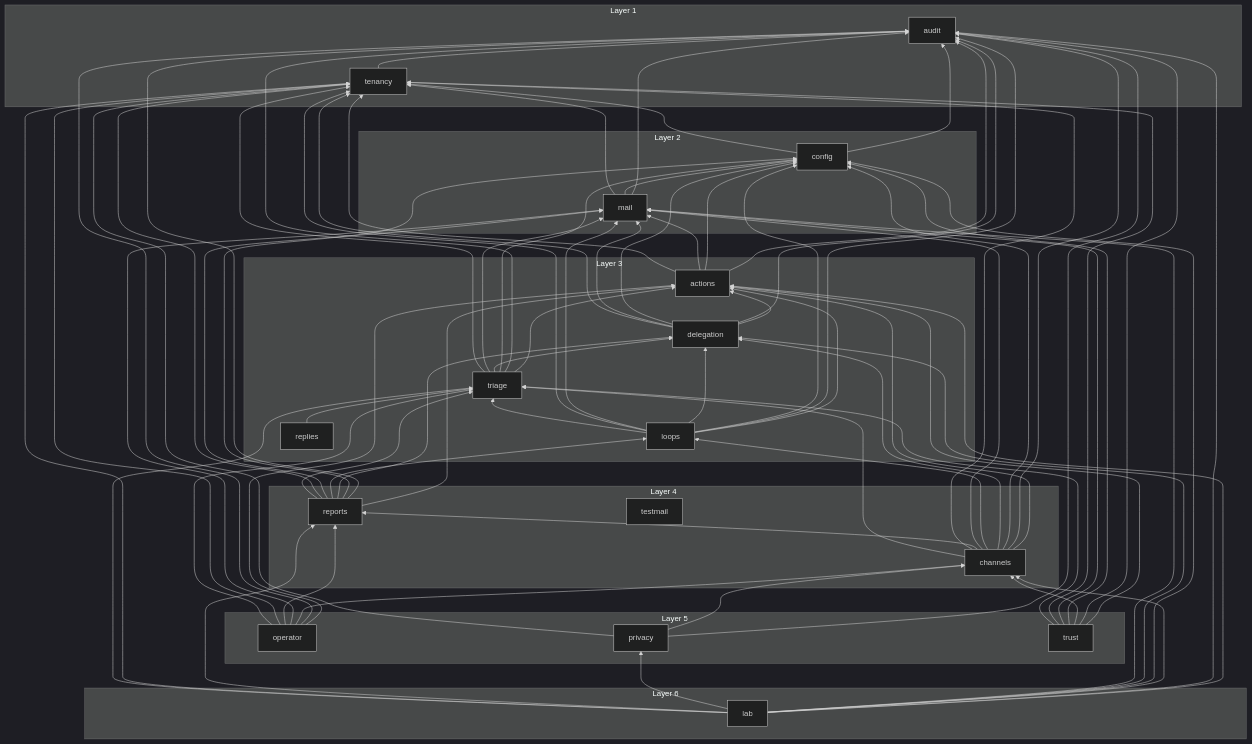
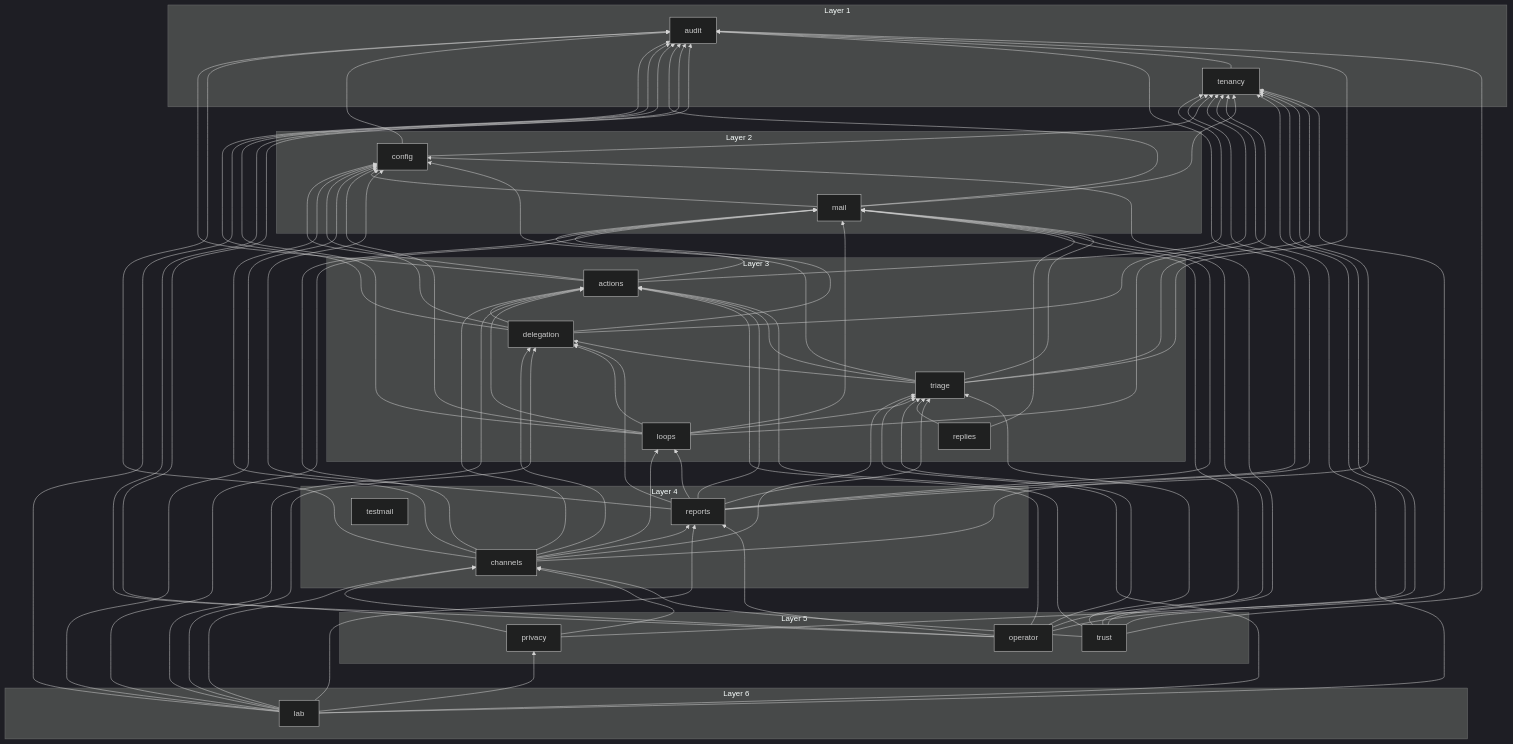
The diagram in docs/diagrams/module-graph.md (Artexs/email_assistant), drawn with Mermaid (dark theme) before and after one commit. The commit also changed 17 other files, not shown here.

```diff
--- a/docs/diagrams/module-graph.md
+++ b/docs/diagrams/module-graph.md
@@ -84,6 +84,7 @@
   privacy --> audit
   privacy --> channels
   privacy --> tenancy
+  replies --> mail
   replies --> triage
   reports --> actions
   reports --> audit
```
